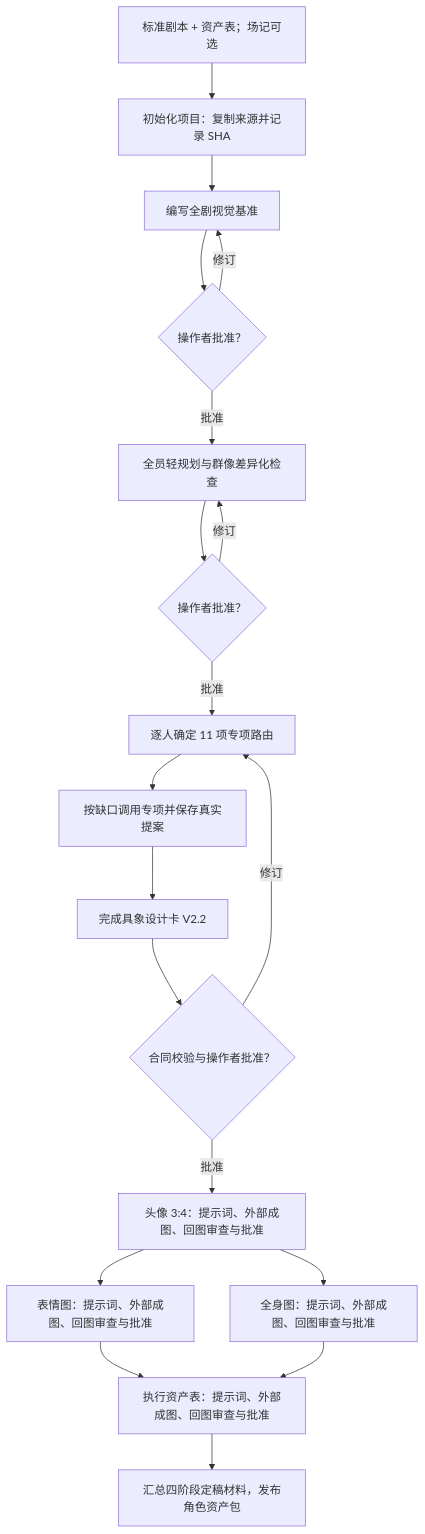
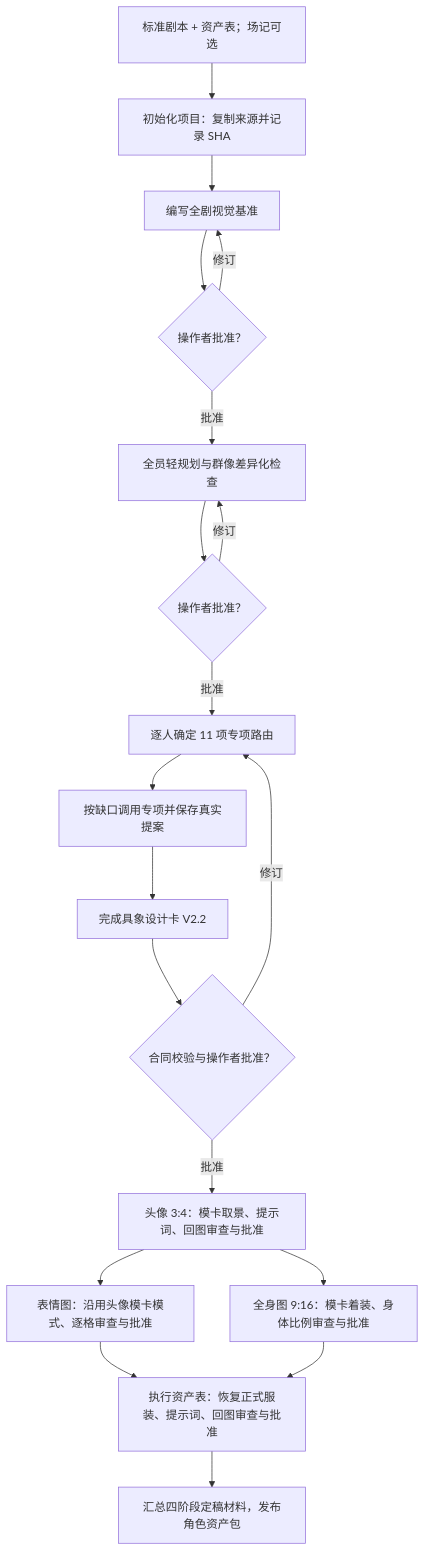
The first of 3 diagrams in README.md (kaibaoxiang-studio/ZiChan), drawn with Mermaid before and after one commit. The commit also changed other lines of this file and 50 other files, not shown here.

````diff
--- a/README.md
+++ b/README.md
@@ -22,21 +26,21 @@
 ```mermaid
 flowchart TD
     A["标准剧本 + 资产表；场记可选"] --> B["初始化项目：复制来源并记录 SHA"]
     B --> C["编写全剧视觉基准"]
     C --> D{"操作者批准？"}
     D -- 修订 --> C
     D -- 批准 --> E["全员轻规划与群像差异化检查"]
     E --> F{"操作者批准？"}
     F -- 修订 --> E
     F -- 批准 --> G["逐人确定 11 项专项路由"]
     G --> H["按缺口调用专项并保存真实提案"]
     H --> I["完成具象设计卡 V2.2"]
     I --> J{"合同校验与操作者批准？"}
     J -- 修订 --> G
-    J -- 批准 --> K["头像 3:4：提示词、外部成图、回图审查与批准"]
-    K --> L["表情图：提示词、外部成图、回图审查与批准"]
-    K --> M["全身图：提示词、外部成图、回图审查与批准"]
-    L --> N["执行资产表：提示词、外部成图、回图审查与批准"]
+    J -- 批准 --> K["头像 3:4：模卡取景、提示词、回图审查与批准"]
+    K --> L["表情图：沿用头像模卡模式、逐格审查与批准"]
+    K --> M["全身图 9:16：模卡着装、身体比例审查与批准"]
+    L --> N["执行资产表：恢复正式服装、提示词、回图审查与批准"]
     M --> N
     N --> O["汇总四阶段定稿材料，发布角色资产包"]
 ```
````
